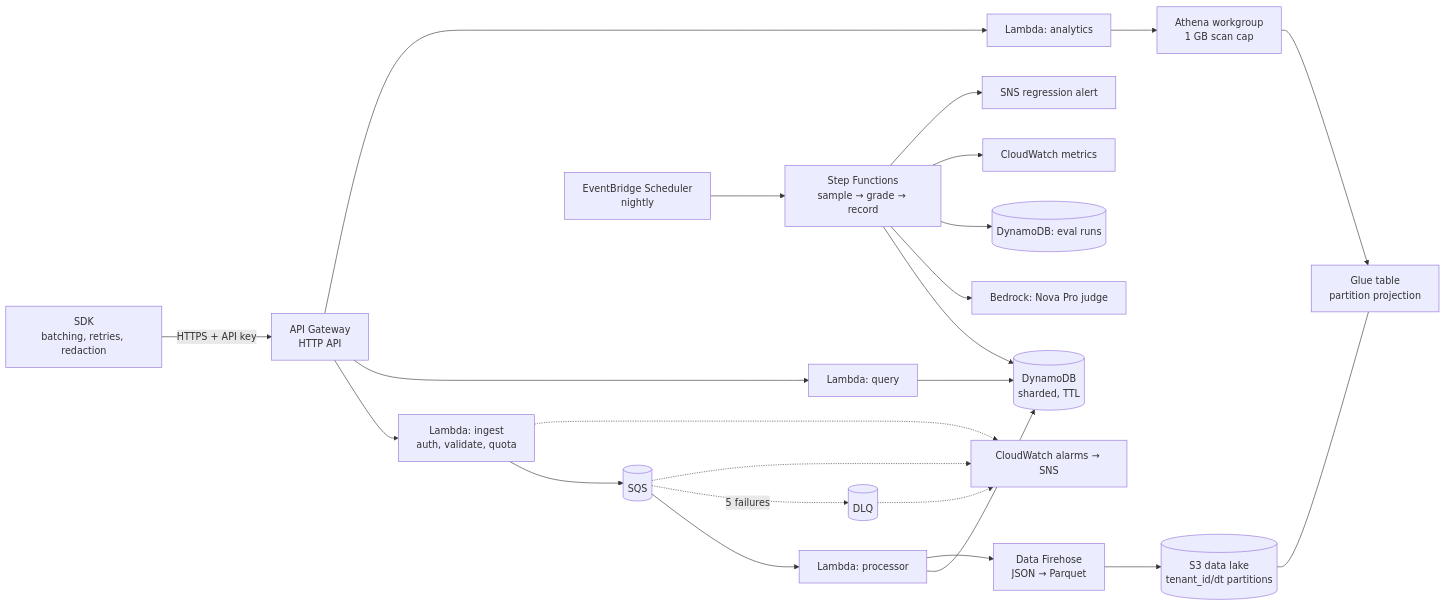
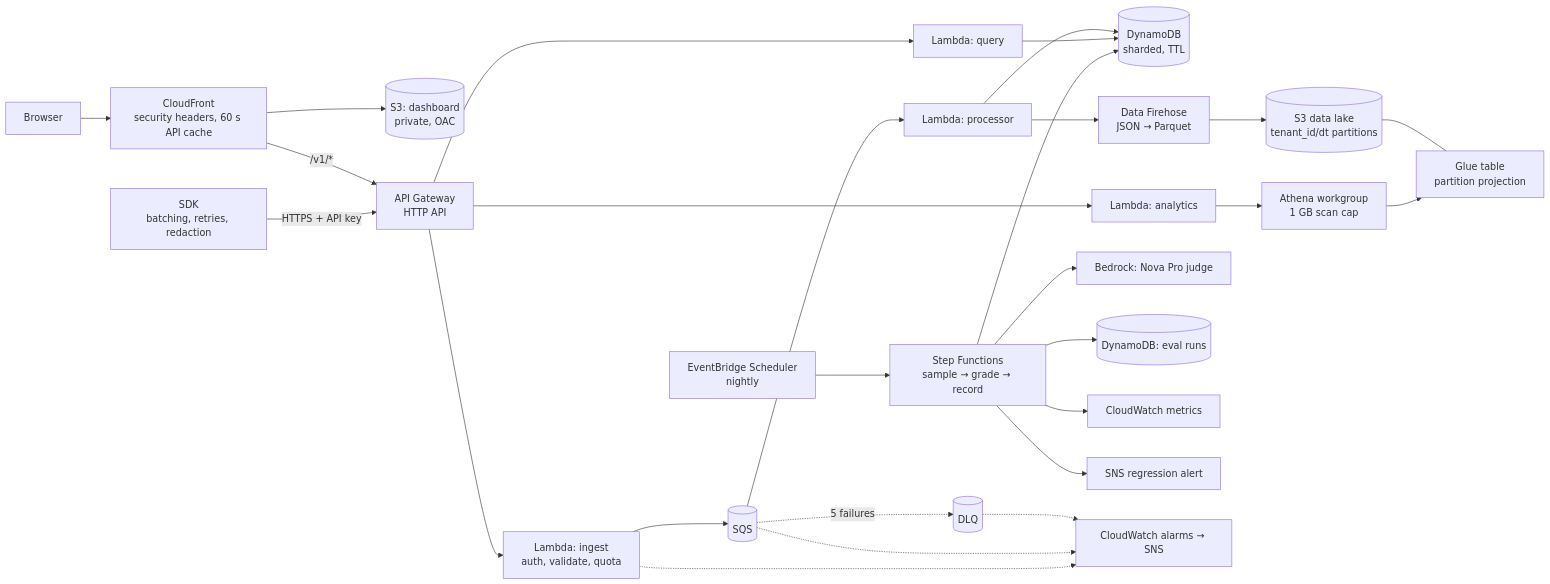
Before and after one commit to zaiby83/tracewise: the diagram in README.md, drawn with Mermaid. The commit also changed other lines of this file and 16 other files, not shown here.

First line of the commit message:
Milestone 4: public dashboard on CloudFront

````diff
--- a/README.md
+++ b/README.md
@@ -13,20 +15,23 @@
 ```mermaid
 flowchart LR
+    U[Browser] --> CF[CloudFront<br/>security headers, 60 s API cache]
+    CF --> SITE[(S3: dashboard<br/>private, OAC)]
+    CF -->|/v1/*| APIGW
     SDK[SDK<br/>batching, retries, redaction] -->|HTTPS + API key| APIGW[API Gateway<br/>HTTP API]
     APIGW --> ING[Lambda: ingest<br/>auth, validate, quota]
     ING --> SQS[(SQS)]
     SQS --> PROC[Lambda: processor]
     SQS -.5 failures.-> DLQ[(DLQ)]
     PROC --> DDB[(DynamoDB<br/>sharded, TTL)]
     PROC --> FH[Data Firehose<br/>JSON → Parquet]
     FH --> S3[(S3 data lake<br/>tenant_id/dt partitions)]
     S3 --- GLUE[Glue table<br/>partition projection]
     APIGW --> Q[Lambda: query] --> DDB
     APIGW --> AN[Lambda: analytics] --> ATH[Athena workgroup<br/>1 GB scan cap] --> GLUE
     SCHED[EventBridge Scheduler<br/>nightly] --> SFN[Step Functions<br/>sample → grade → record]
     SFN --> DDB
     SFN --> BR[Bedrock: Nova Pro judge]
     SFN --> EV[(DynamoDB: eval runs)]
     SFN --> CWM[CloudWatch metrics] & SNS[SNS regression alert]
     DLQ & SQS & ING -.-> CW[CloudWatch alarms → SNS]
 ```
````
